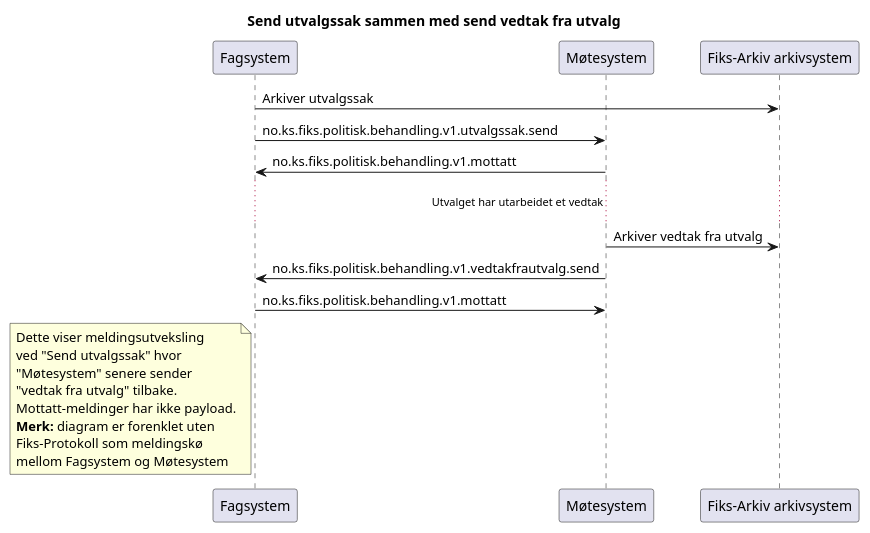
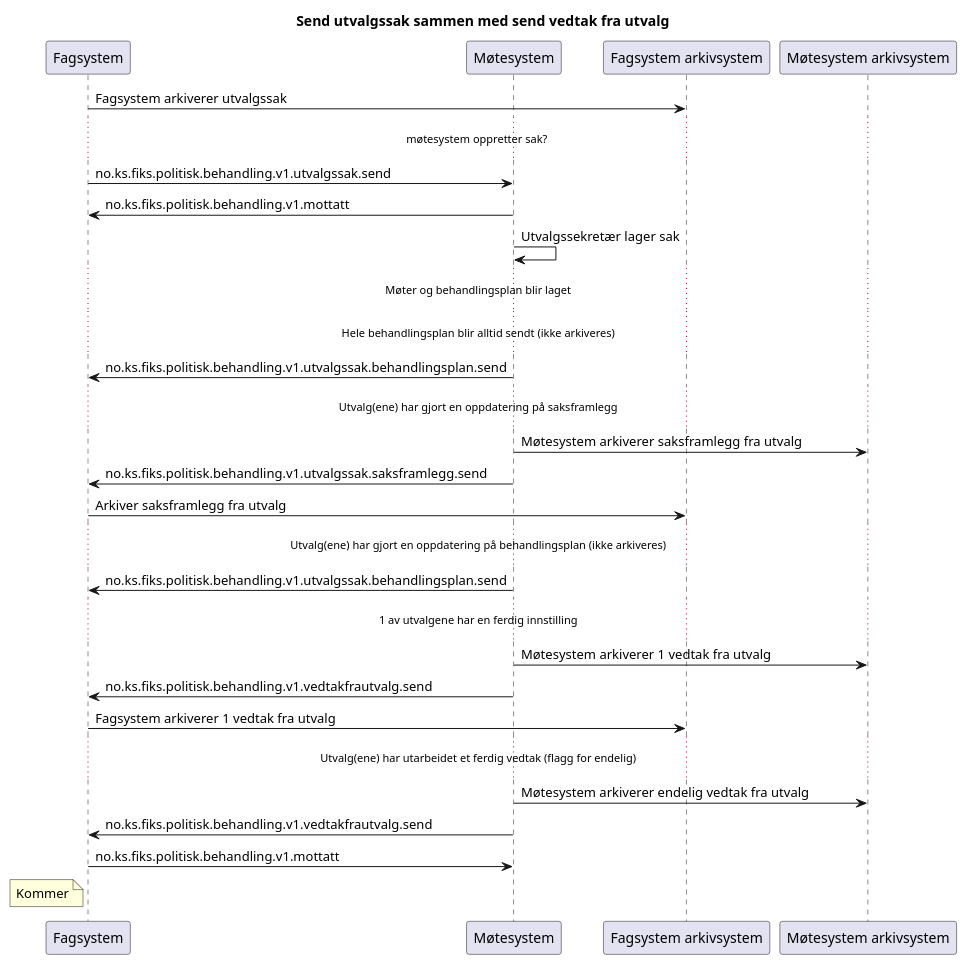
The diagram in Dokumentasjon/V1/meldingsutveksling/utvalgssak-send-med-vedtakfrautvalg-send/sekvensdiagram/sekvensdiagram-utvalgssak-send-med-vedtakfrautvalg-send.puml (ks-no/fiks-politisk-behandling-specification), drawn with PlantUML before and after one commit. The commit also changed 1 other file, not shown here.

Commit message:
Foreløpig utbedring av sekvensdiagram

```diff
--- a/Dokumentasjon/V1/meldingsutveksling/utvalgssak-send-med-vedtakfrautvalg-send/sekvensdiagram/sekvensdiagram-utvalgssak-send-med-vedtakfrautvalg-send.puml
+++ b/Dokumentasjon/V1/meldingsutveksling/utvalgssak-send-med-vedtakfrautvalg-send/sekvensdiagram/sekvensdiagram-utvalgssak-send-med-vedtakfrautvalg-send.puml
@@ -1,30 +1,51 @@
 @startuml
 title "Send utvalgssak sammen med send vedtak fra utvalg"
 
 
 participant Fagsystem as "Fagsystem"
 participant Møtesystem as "Møtesystem"
-participant Arkivsystem as "Fiks-Arkiv arkivsystem"
+participant Arkivsystem as "Fagsystem arkivsystem"
+participant Arkivsystem2 as "Møtesystem arkivsystem"
 
-Fagsystem -> Arkivsystem : Arkiver utvalgssak
+Fagsystem -> Arkivsystem : Fagsystem arkiverer utvalgssak
+
+...møtesystem oppretter sak? ...
+
 Fagsystem -> Møtesystem : no.ks.fiks.politisk.behandling.v1.utvalgssak.send
 Fagsystem <- Møtesystem : no.ks.fiks.politisk.behandling.v1.mottatt
 
-...Utvalget har utarbeidet et vedtak...
+Møtesystem -> Møtesystem : Utvalgssekretær lager sak
+...Møter og behandlingsplan blir laget...
+...Hele behandlingsplan blir alltid sendt (ikke arkiveres)...
 
-Møtesystem -> Arkivsystem : Arkiver vedtak fra utvalg
+Fagsystem <- Møtesystem : no.ks.fiks.politisk.behandling.v1.utvalgssak.behandlingsplan.send
+
+...Utvalg(ene) har gjort en oppdatering på saksframlegg...
+
+Møtesystem -> Arkivsystem2 : Møtesystem arkiverer saksframlegg fra utvalg
+Fagsystem <- Møtesystem : no.ks.fiks.politisk.behandling.v1.utvalgssak.saksframlegg.send
+Fagsystem -> Arkivsystem : Arkiver saksframlegg fra utvalg
+
+
+...Utvalg(ene) har gjort en oppdatering på behandlingsplan (ikke arkiveres)...
+
+Fagsystem <- Møtesystem : no.ks.fiks.politisk.behandling.v1.utvalgssak.behandlingsplan.send
+
+...1 av utvalgene har en ferdig innstilling...
+
+Møtesystem -> Arkivsystem2 : Møtesystem arkiverer 1 vedtak fra utvalg
+Møtesystem -> Fagsystem : no.ks.fiks.politisk.behandling.v1.vedtakfrautvalg.send
+Fagsystem -> Arkivsystem : Fagsystem arkiverer 1 vedtak fra utvalg
+
+
+...Utvalg(ene) har utarbeidet et ferdig vedtak (flagg for endelig)...
+
+Møtesystem -> Arkivsystem2 : Møtesystem arkiverer endelig vedtak fra utvalg
 Møtesystem -> Fagsystem : no.ks.fiks.politisk.behandling.v1.vedtakfrautvalg.send
 Møtesystem <- Fagsystem : no.ks.fiks.politisk.behandling.v1.mottatt
 
 note left of Fagsystem
-Dette viser meldingsutveksling
-ved "Send utvalgssak" hvor 
-"Møtesystem" senere sender 
-"vedtak fra utvalg" tilbake.
-Mottatt-meldinger har ikke payload.
-**Merk:** diagram er forenklet uten
-Fiks-Protokoll som meldingskø
-mellom Fagsystem og Møtesystem
+Kommer
 end note
 
 @enduml
```
